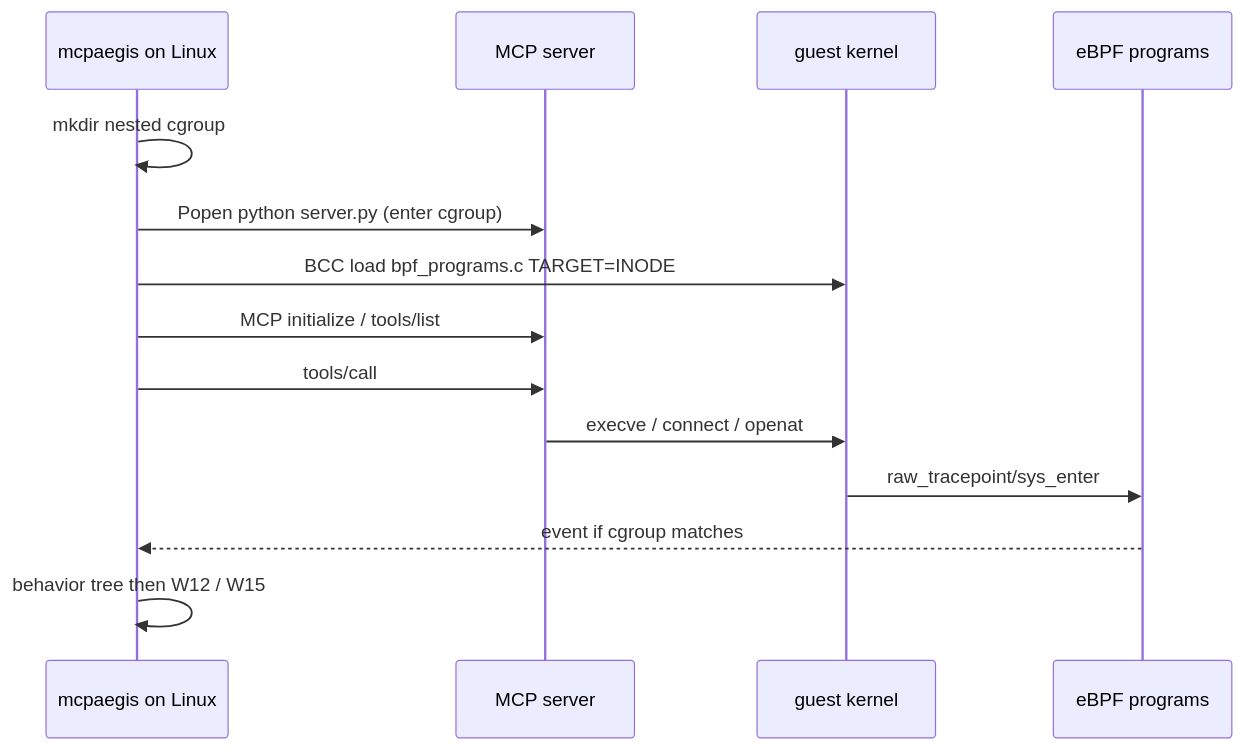
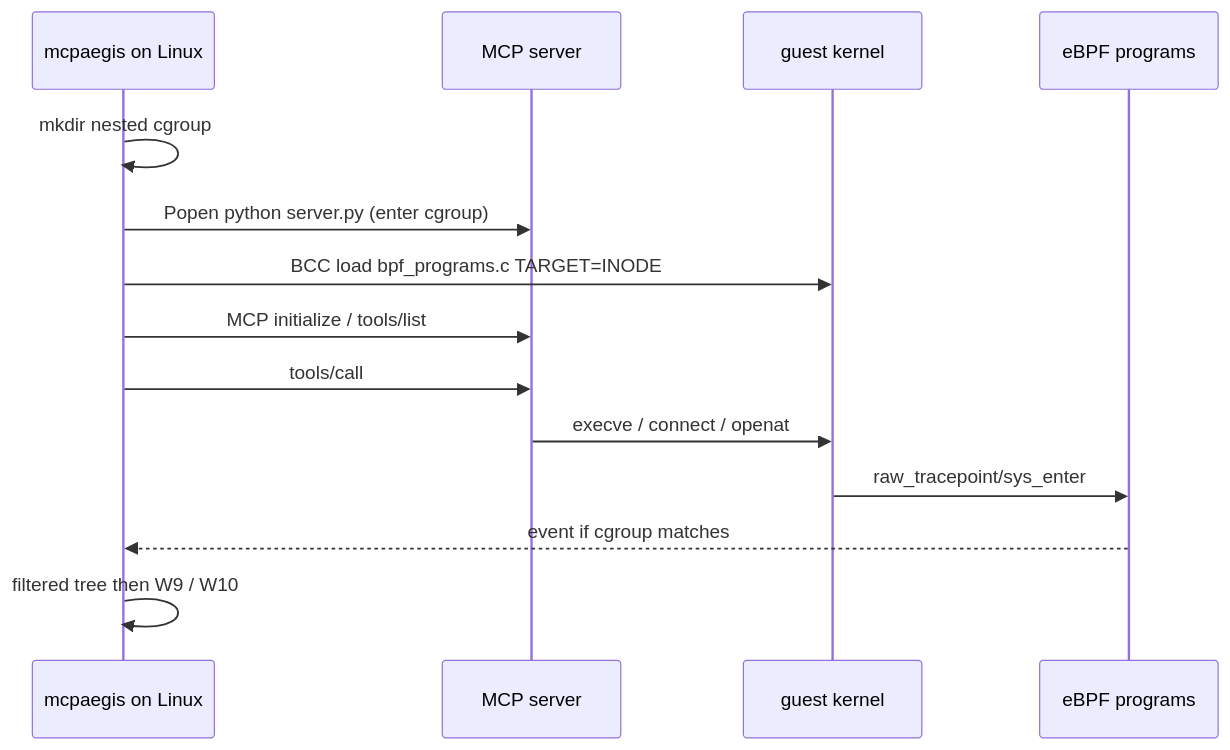
The fifth of 6 diagrams in README.md (sanjayriram44/MCPAegis), drawn with Mermaid before and after one commit. The commit also changed other lines of this file and 3 other files, not shown here.

````diff
--- a/README.md
+++ b/README.md
@@ -486,16 +479,16 @@
 ```mermaid
 sequenceDiagram
   participant CLI as mcpaegis on Linux
   participant Srv as MCP server
   participant Kern as guest kernel
   participant BPF as eBPF programs
   CLI->>CLI: mkdir nested cgroup
   CLI->>Srv: Popen python server.py (enter cgroup)
   CLI->>Kern: BCC load bpf_programs.c TARGET=INODE
   CLI->>Srv: MCP initialize / tools/list
   CLI->>Srv: tools/call
   Srv->>Kern: execve / connect / openat
   Kern->>BPF: raw_tracepoint/sys_enter
   BPF-->>CLI: event if cgroup matches
-  CLI->>CLI: behavior tree then W12 / W15
+  CLI->>CLI: filtered tree then W9 / W10
 ```
````
